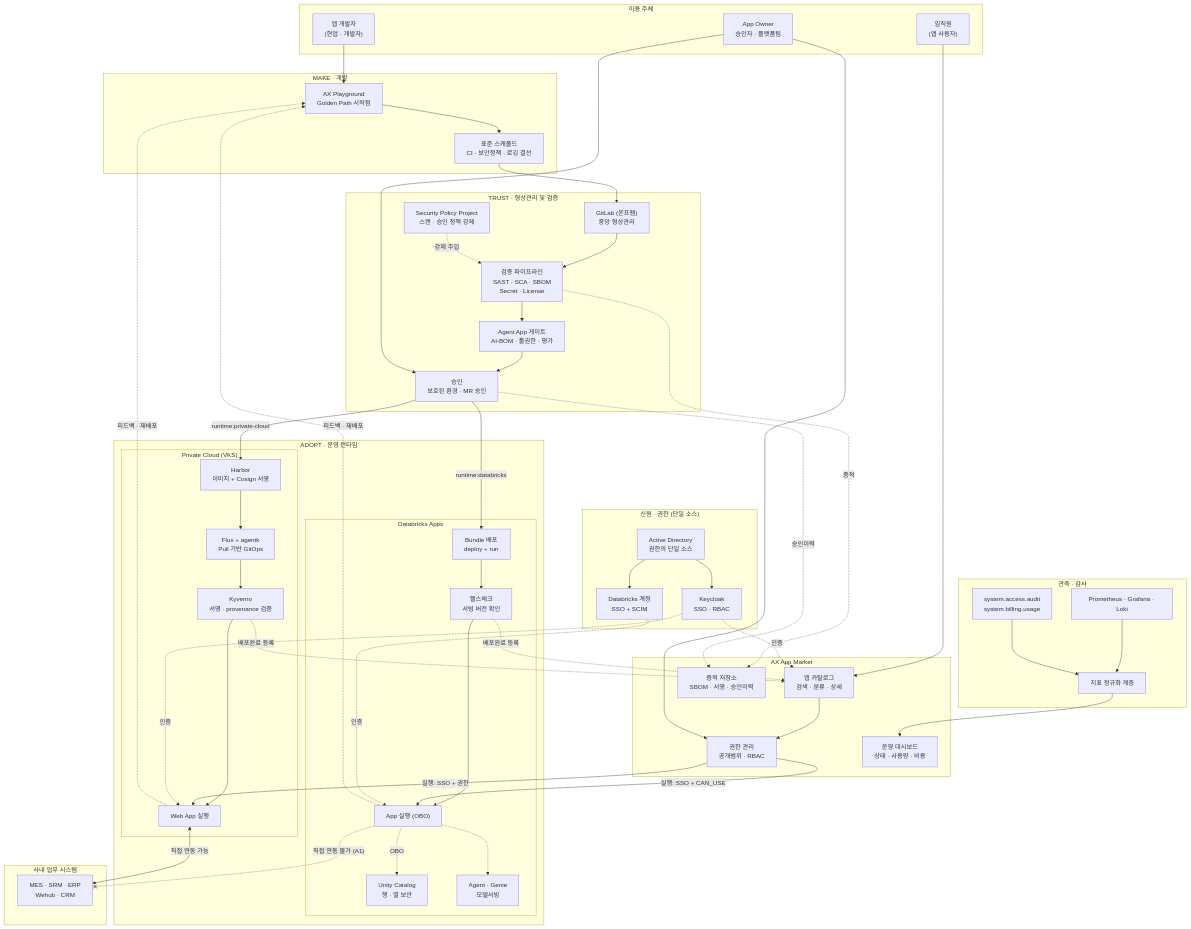
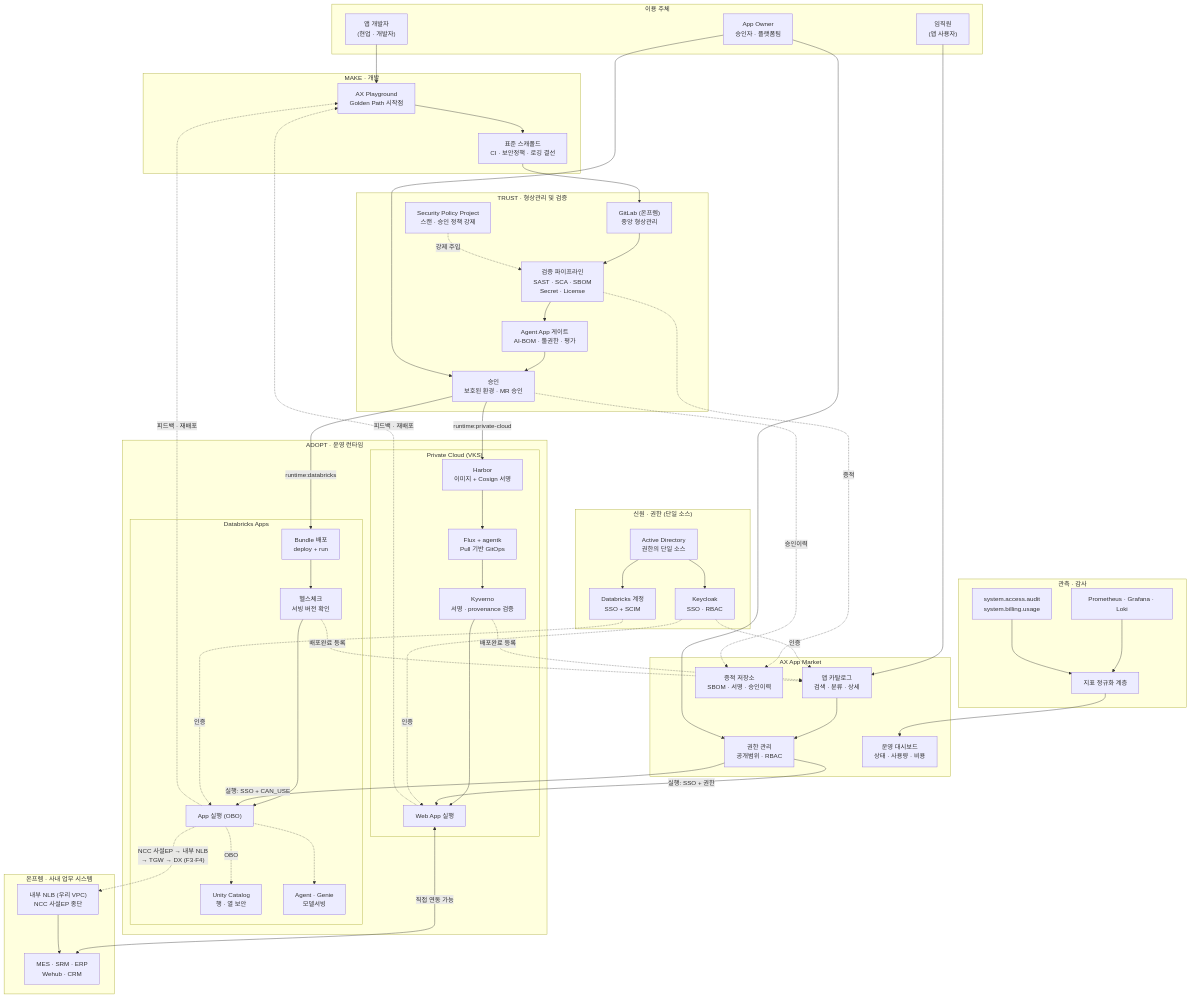
One commit to arch-shlee/sk-ax-market changed the second of 2 diagrams in docs/03-runtime-decision-and-architecture.md. Above: the diagram before and after it, drawn with Mermaid. The commit also changed other lines of this file and 5 other files, not shown here.

```diff
--- a/docs/03-runtime-decision-and-architecture.md
+++ b/docs/03-runtime-decision-and-architecture.md
@@ -230,7 +254,8 @@
         NORM --> OPS
     end
 
-    subgraph LEGACY["사내 업무 시스템"]
+    subgraph LEGACY["온프렘 · 사내 업무 시스템"]
+        NLB["내부 NLB (우리 VPC)<br/>NCC 사설EP 종단"]
         SYS["MES · SRM · ERP<br/>Wehub · CRM"]
     end
 
@@ -243,7 +268,8 @@
     HEALTH -.배포완료 등록.-> CAT
     KYV -.배포완료 등록.-> CAT
     PCAPP <-->|"직접 연동 가능"| SYS
-    DBXAPP -. "직접 연동 불가 (A1)" .-x SYS
+    DBXAPP -.->|"NCC 사설EP → 내부 NLB<br/>→ TGW → DX (F3·F4)"| NLB
+    NLB --> SYS
 
     EMP --> CAT
     CAT --> PERM
```
